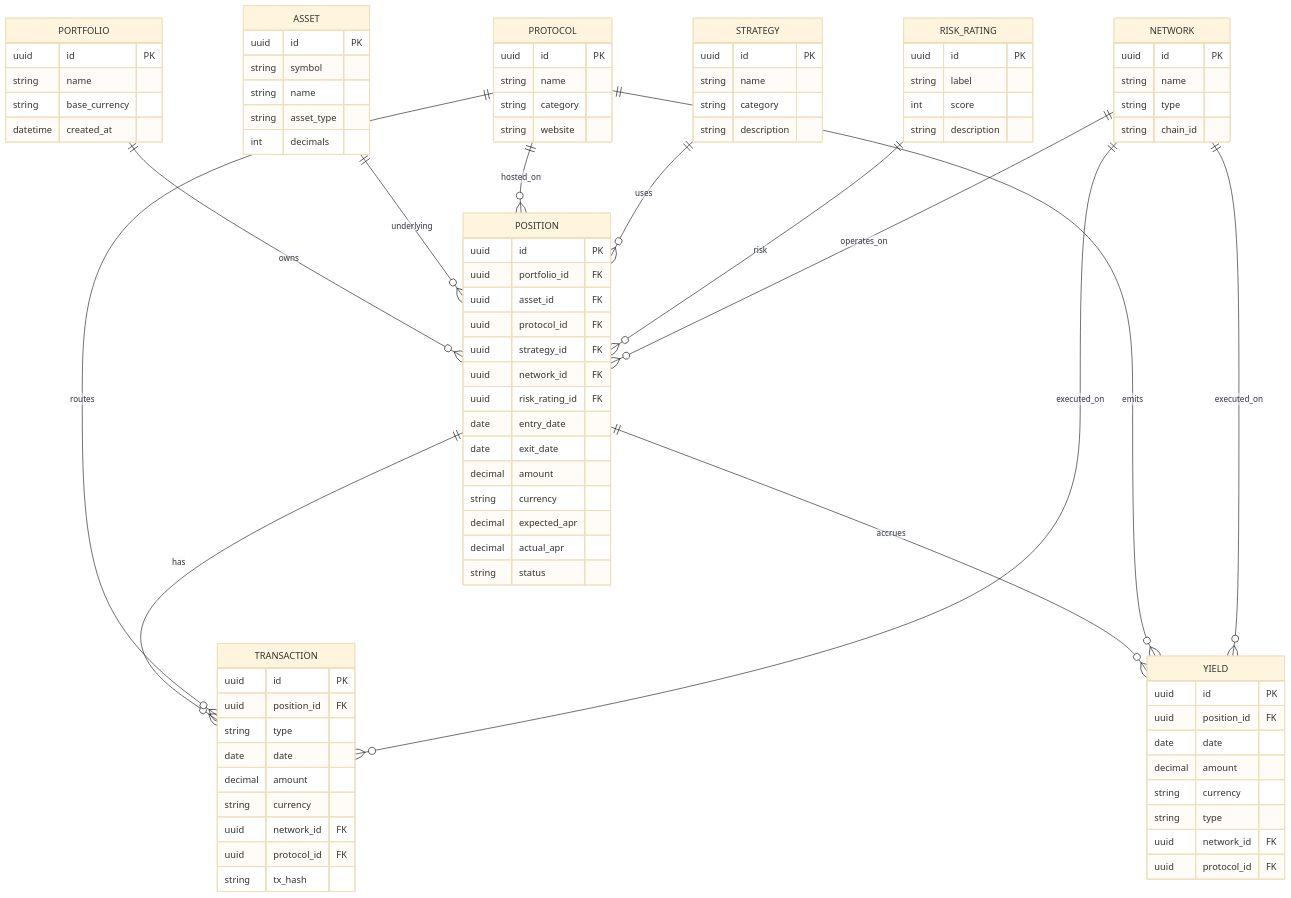
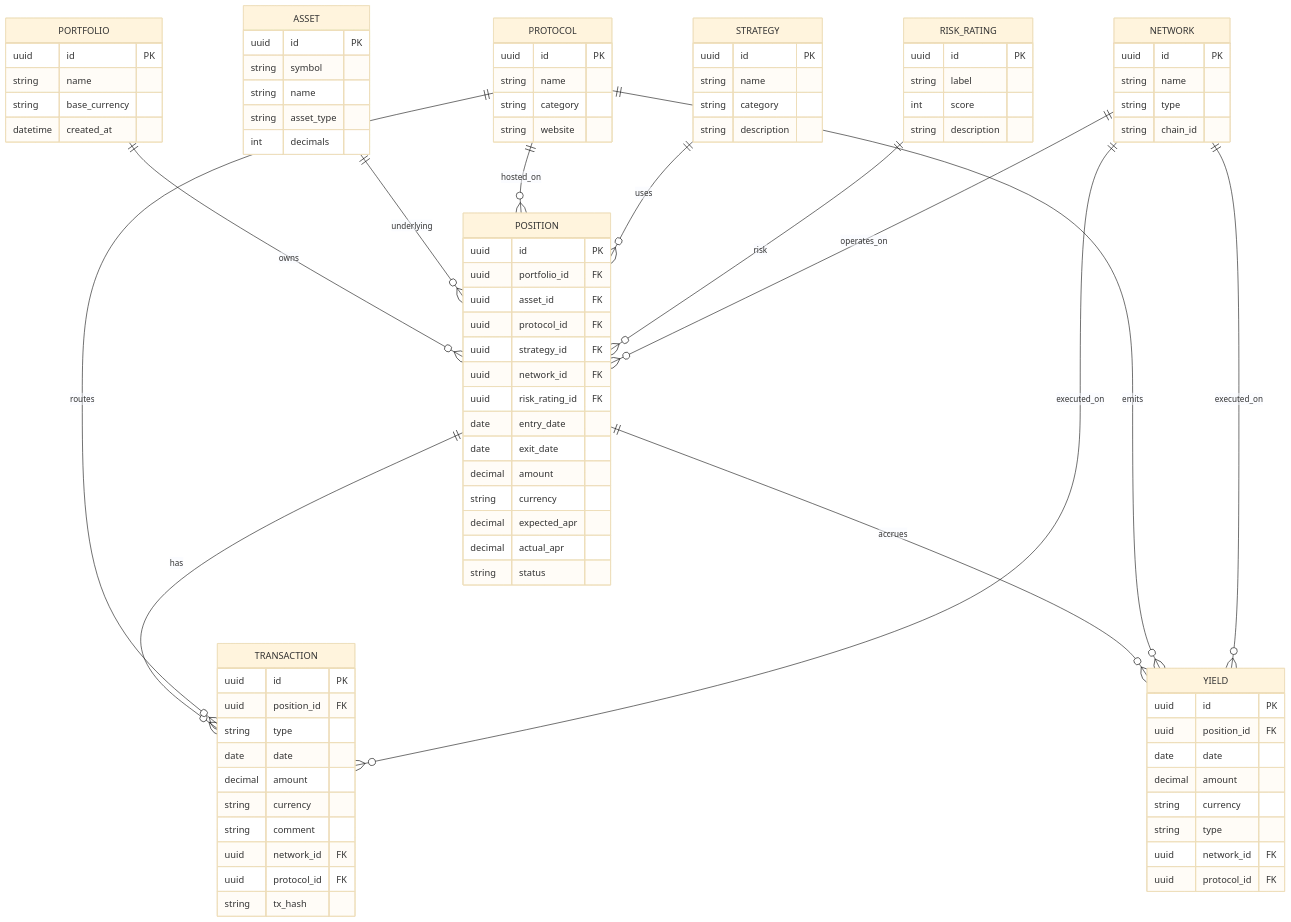
One commit to allkap/portfolio_tracker changed the diagram in docs/data-model.md. Above: the diagram before and after it, drawn with Mermaid (base theme). The commit also changed other lines of this file, not shown here.

```diff
--- a/docs/data-model.md
+++ b/docs/data-model.md
@@ -157,6 +159,7 @@
     date date
     decimal amount
     string currency
+    string comment
     uuid network_id FK
     uuid protocol_id FK
     string tx_hash
```
